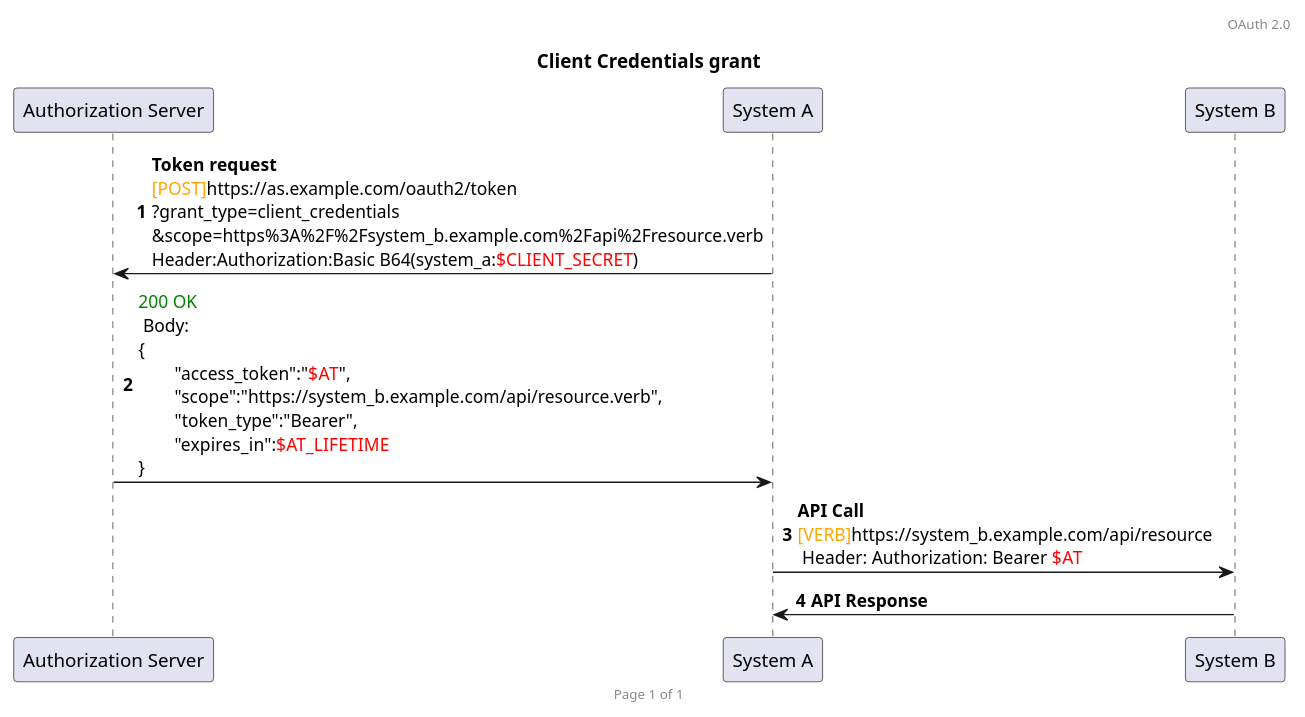
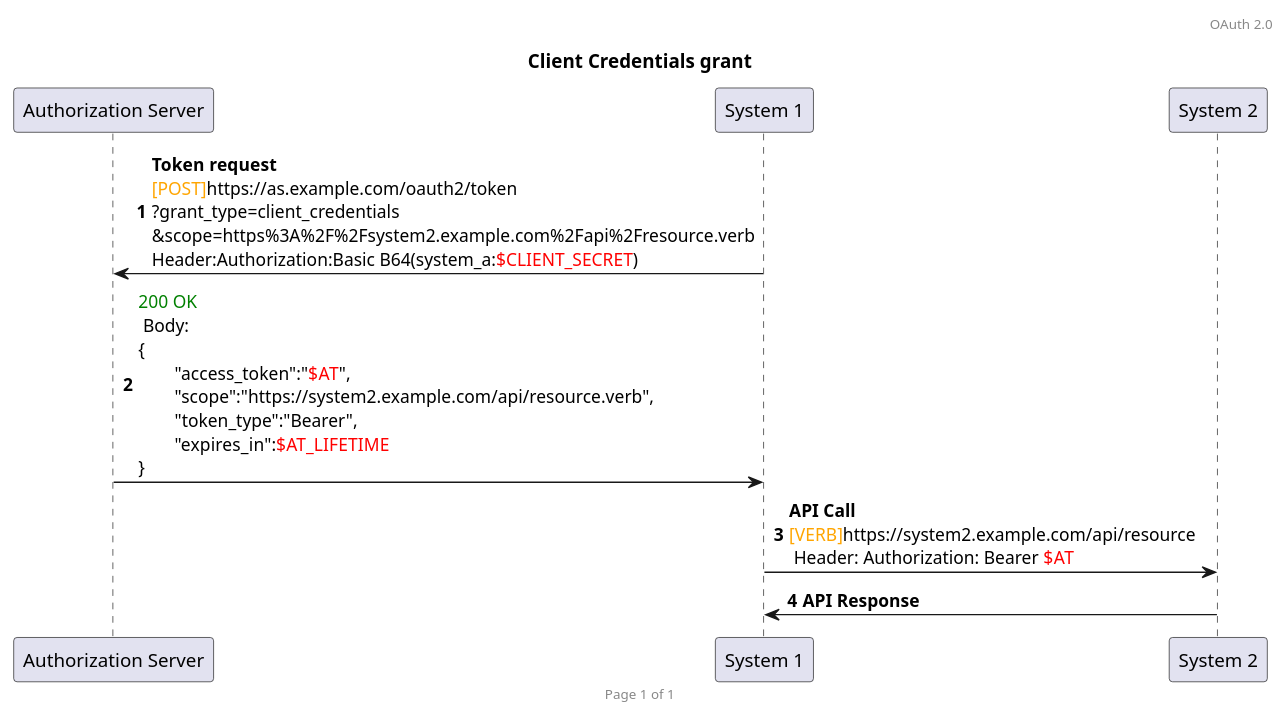
One commit to HenriLefevrePro/Articles changed the diagram in plantuml/oauth2/client_credentials.plantuml. Above: the diagram before and after it, drawn with PlantUML.

```diff
--- a/plantuml/oauth2/client_credentials.plantuml
+++ b/plantuml/oauth2/client_credentials.plantuml
@@ -1,18 +1,18 @@
 @startuml
 
 header OAuth 2.0
 footer Page %page% of %lastpage%
 
 title Client Credentials grant
 autonumber
 
 participant Auth as "Authorization Server"
-participant A as "System A"
-participant B as "System B"
+participant 1 as "System 1"
+participant 2 as "System 2"
 
-A -> Auth : **Token request**\n<font color=orange>[POST]</font>https://as.example.com/oauth2/token\n?grant_type=client_credentials\n&scope=https%3A%2F%2Fsystem_b.example.com%2Fapi%2Fresource.verb\nHeader:Authorization:Basic B64(system_a:<font color=red>$CLIENT_SECRET</font>)
-Auth -> A : <font color=green>200 OK</font> \n Body: \n{\n\t"access_token":"<font color=red>$AT</font>",\n\t"scope":"https://system_b.example.com/api/resource.verb",\n\t"token_type":"Bearer",\n\t"expires_in":<font color=red>$AT_LIFETIME</font>\n}
+1 -> Auth : **Token request**\n<font color=orange>[POST]</font>https://as.example.com/oauth2/token\n?grant_type=client_credentials\n&scope=https%3A%2F%2Fsystem2.example.com%2Fapi%2Fresource.verb\nHeader:Authorization:Basic B64(system_a:<font color=red>$CLIENT_SECRET</font>)
+Auth -> 1 : <font color=green>200 OK</font> \n Body: \n{\n\t"access_token":"<font color=red>$AT</font>",\n\t"scope":"https://system2.example.com/api/resource.verb",\n\t"token_type":"Bearer",\n\t"expires_in":<font color=red>$AT_LIFETIME</font>\n}
 
-A -> B : **API Call** \n<font color=orange>[VERB]</font>https://system_b.example.com/api/resource\n Header: Authorization: Bearer <font color=red>$AT</font>
-B -> A : **API Response**
+1 -> 2 : **API Call** \n<font color=orange>[VERB]</font>https://system2.example.com/api/resource\n Header: Authorization: Bearer <font color=red>$AT</font>
+2 -> 1 : **API Response**
 @enduml
```
